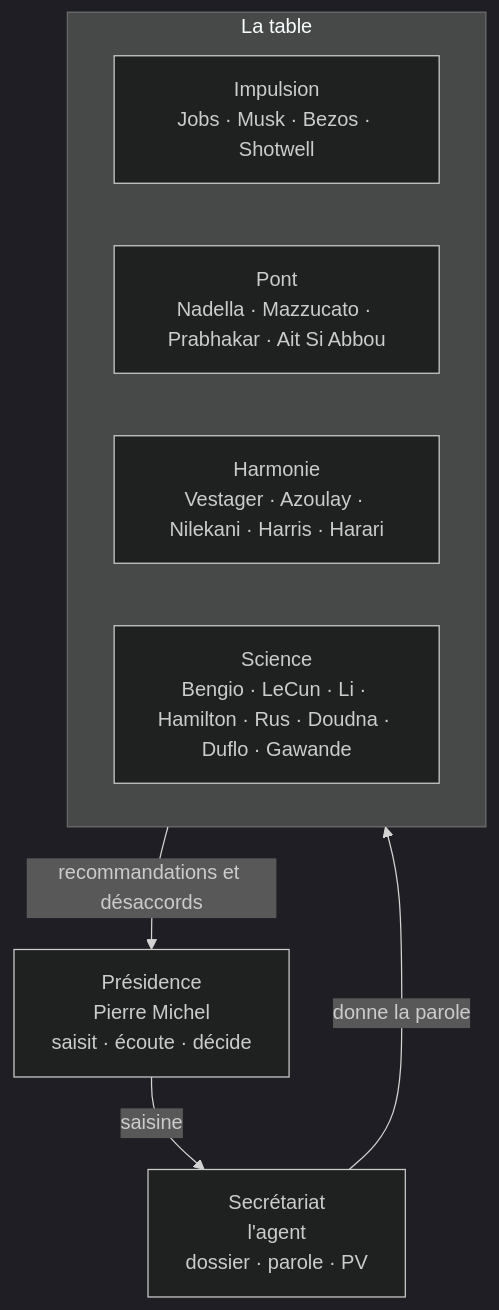
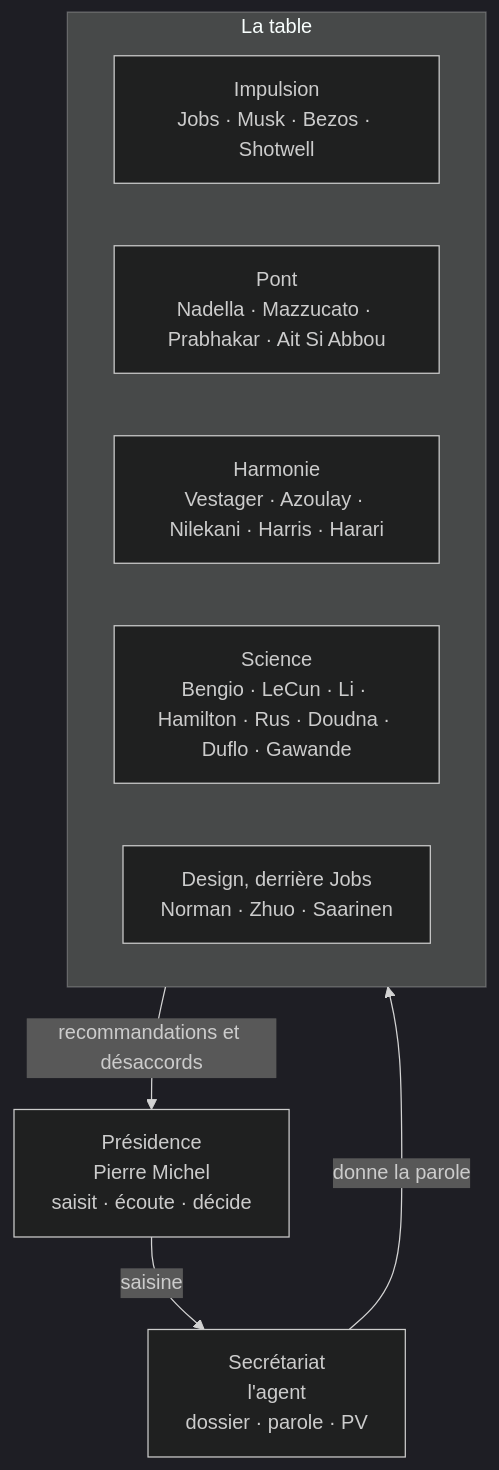
One commit to taskforce-project/taskforce-docs changed the diagram in recherche/conseil/README.md. Above: the diagram before and after it, drawn with Mermaid (dark theme). The commit also changed other lines of this file and 5 other files, not shown here.

````diff
--- a/recherche/conseil/README.md
+++ b/recherche/conseil/README.md
@@ -61,14 +61,15 @@
 ```mermaid
 flowchart TB
   P["Présidence<br/>Pierre Michel<br/>saisit · écoute · décide"]
   S["Secrétariat<br/>l'agent<br/>dossier · parole · PV"]
   subgraph T["La table"]
     I["Impulsion<br/>Jobs · Musk · Bezos · Shotwell"]
     B["Pont<br/>Nadella · Mazzucato · Prabhakar · Ait Si Abbou"]
     H["Harmonie<br/>Vestager · Azoulay · Nilekani · Harris · Harari"]
     C["Science<br/>Bengio · LeCun · Li · Hamilton · Rus · Doudna · Duflo · Gawande"]
+    D["Design, derrière Jobs<br/>Norman · Zhuo · Saarinen"]
   end
   P -- "saisine" --> S
   S -- "donne la parole" --> T
   T -- "recommandations et désaccords" --> P
 ```
````
